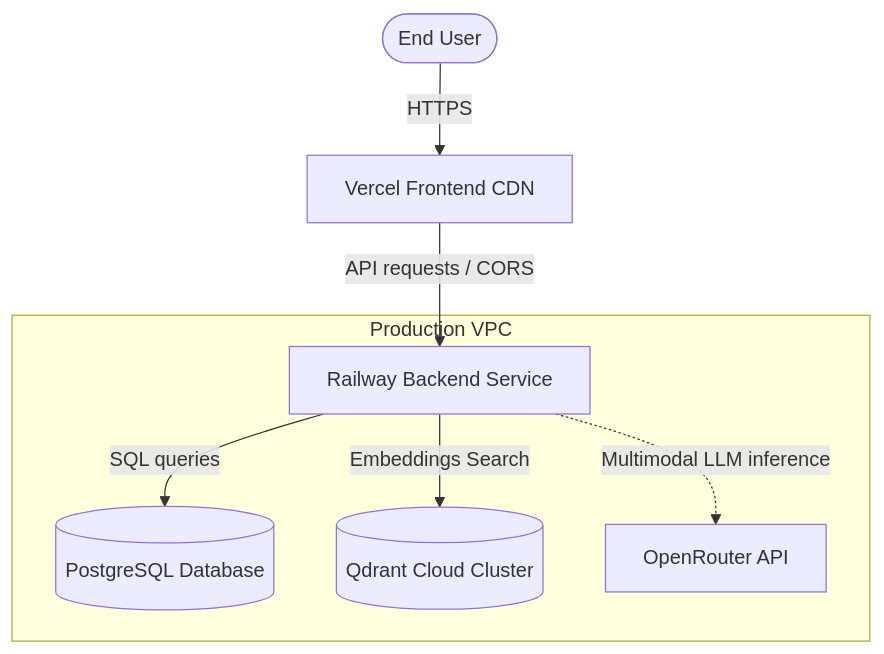
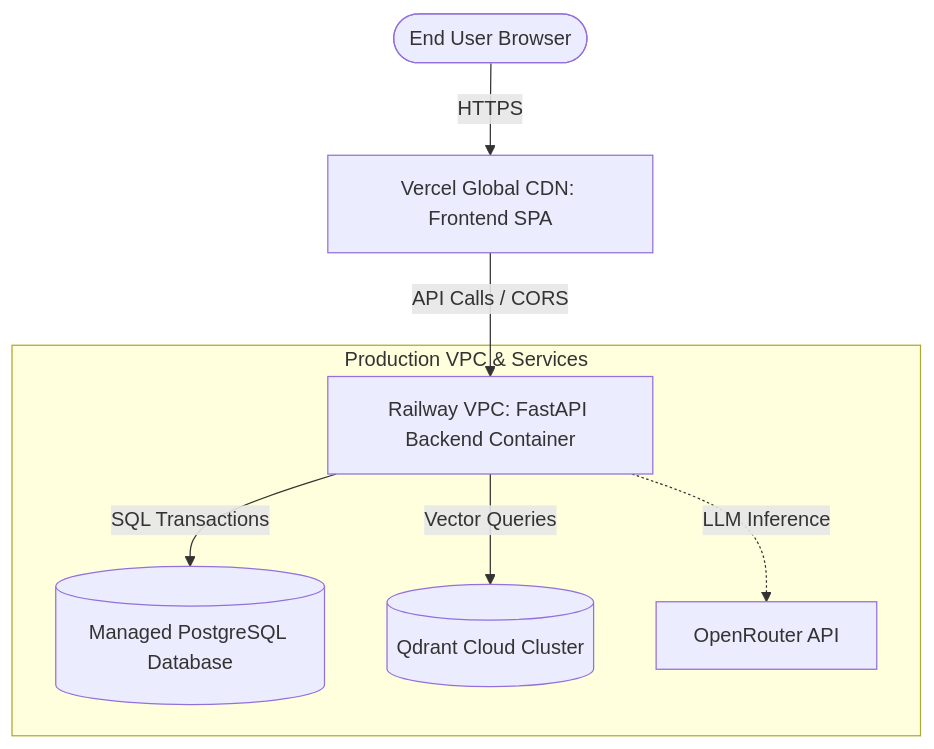
The diagram in docs/deployment.md (Akash-paluvai/XLVentures), drawn with Mermaid before and after one commit. The commit also changed other lines of this file and 5 other files, not shown here.

Commit message:
docs: complete detailed document directory with architecture, planner, memory, agents, and deployment guides

````diff
--- a/docs/deployment.md
+++ b/docs/deployment.md
@@ -9,11 +9,11 @@
 ```mermaid
 graph TD
-    User([End User]) -->|HTTPS| Vercel[Vercel Frontend CDN]
-    Vercel -->|API requests / CORS| Railway[Railway Backend Service]
+    User([End User Browser]) -->|HTTPS| Vercel[Vercel Global CDN: Frontend SPA]
+    Vercel -->|API Calls / CORS| Railway[Railway VPC: FastAPI Backend Container]
 
-    subgraph Cloud [Production VPC]
-        Railway -->|SQL queries| PG[(PostgreSQL Database)]
-        Railway -->|Embeddings Search| Qdrant[(Qdrant Cloud Cluster)]
-        Railway -.->|Multimodal LLM inference| OpenRouter[OpenRouter API]
+    subgraph Managed Cloud Infrastructure [Production VPC & Services]
+        Railway -->|SQL Transactions| Postgres[(Managed PostgreSQL Database)]
+        Railway -->|Vector Queries| Qdrant[(Qdrant Cloud Cluster)]
+        Railway -.->|LLM Inference| OpenRouter[OpenRouter API]
     end
 ```
````
